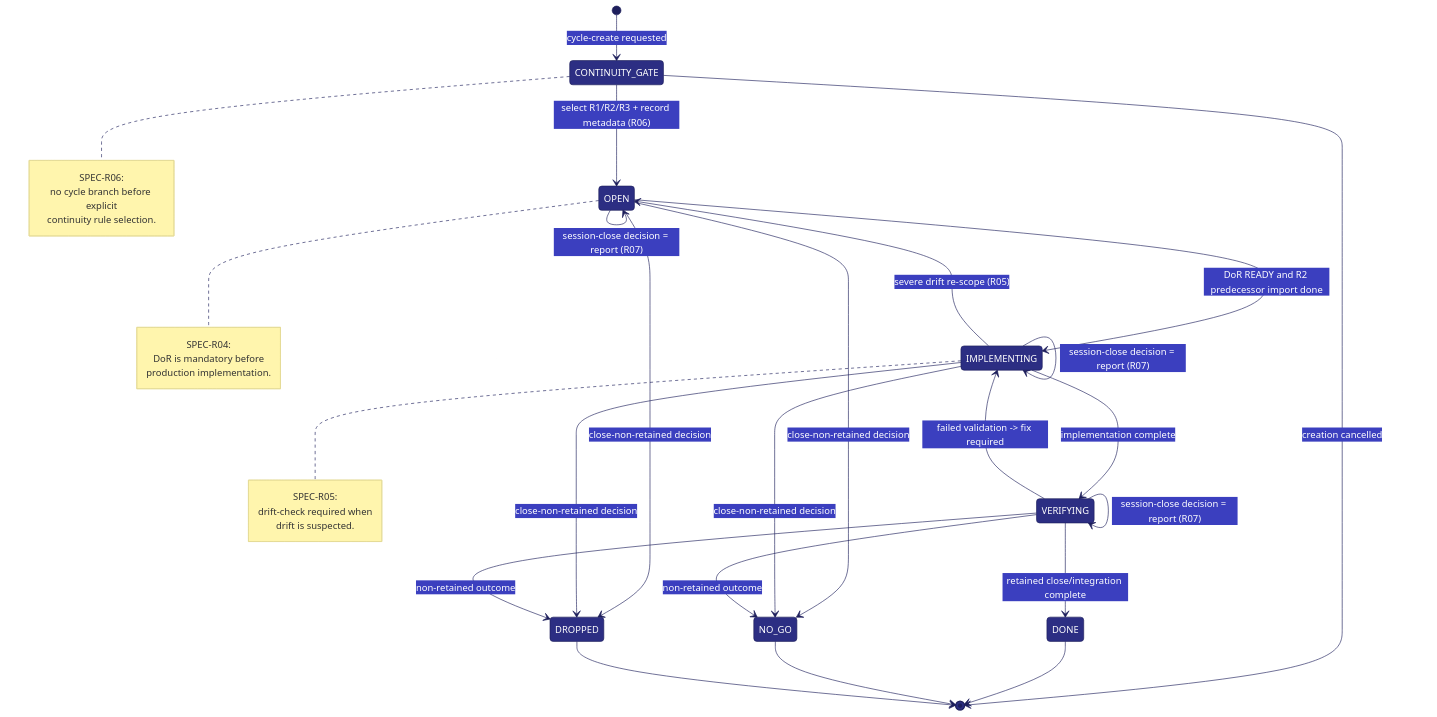
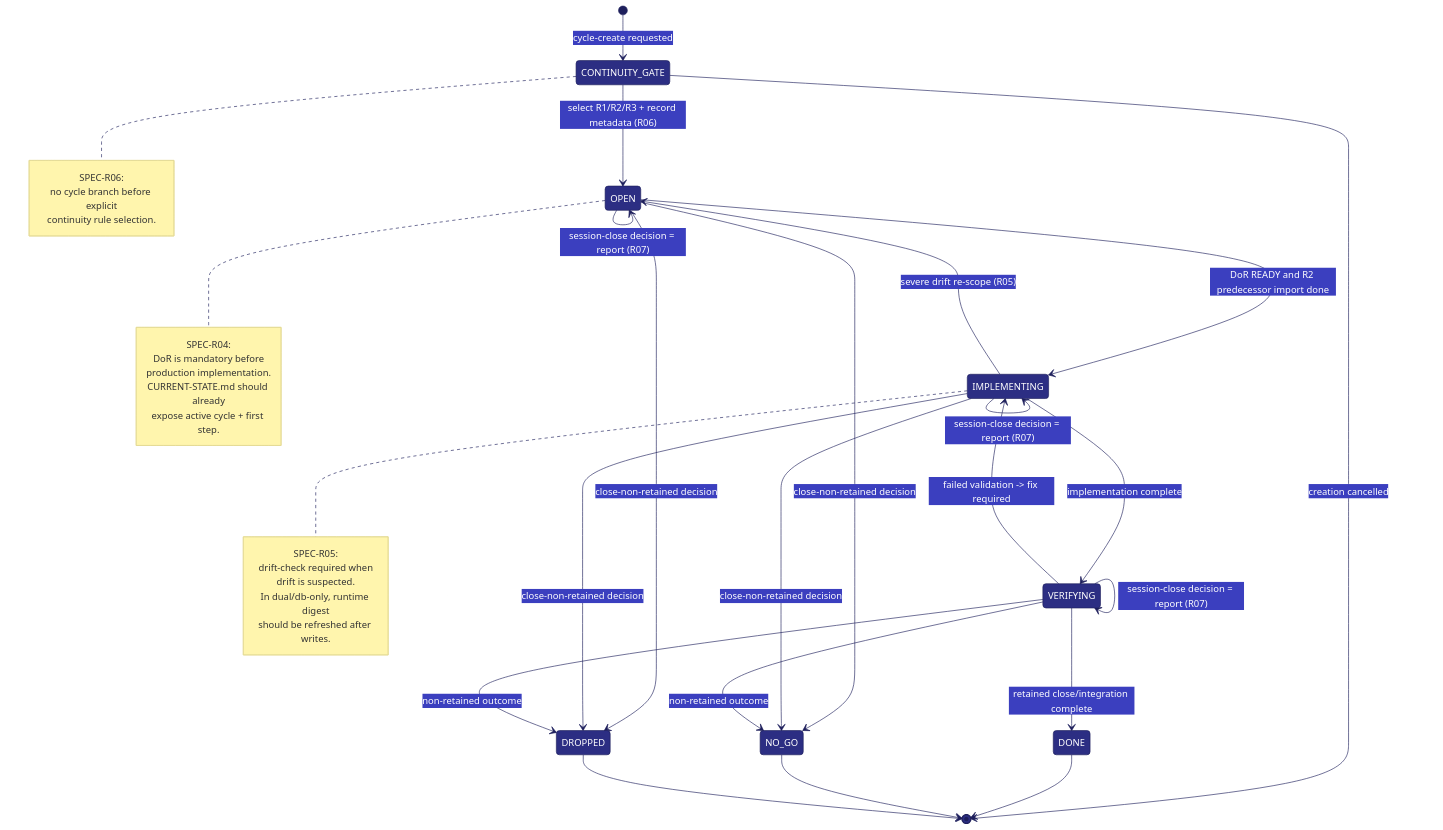
Before and after one commit to leuzeus/aidn: the diagram in docs/diagrams/02-cycle-state-machine.md, drawn with Mermaid. The commit also changed 14 other files, not shown here.

First line of the commit message:
chore(release): bump to 0.4.0 and refresh diagrams (#13)

````diff
--- a/docs/diagrams/02-cycle-state-machine.md
+++ b/docs/diagrams/02-cycle-state-machine.md
@@ -1,66 +1,70 @@
 ```mermaid
 %%{init: {
   "theme": "base",
   "themeVariables": {
     "fontFamily": "Trebuchet MS, Verdana, sans-serif",
     "fontSize": "15px",
     "lineColor": "#1E1F5C",
     "primaryColor": "#2C2E83",
     "primaryTextColor": "#FFFFFF",
     "primaryBorderColor": "#1E1F5C",
     "secondaryColor": "#3B3FBF",
     "secondaryTextColor": "#FFFFFF",
     "secondaryBorderColor": "#1E1F5C",
     "tertiaryColor": "#F6F7FF",
     "tertiaryTextColor": "#1E1F5C",
     "tertiaryBorderColor": "#2C2E83"
   }
 }}%%
-%% 2) Cycle State Machine (v0.3.0)
+%% 2) Cycle State Machine (v0.4.0)
 stateDiagram-v2
   [*] --> CONTINUITY_GATE: cycle-create requested
   CONTINUITY_GATE --> OPEN: select R1/R2/R3 + record metadata (R06)
   CONTINUITY_GATE --> [*]: creation cancelled
 
   OPEN --> OPEN: DoR not ready / clarify scope + plan (R04)
   OPEN --> IMPLEMENTING: DoR READY and R2 predecessor import done
   OPEN --> NO_GO: close-non-retained decision
   OPEN --> DROPPED: close-non-retained decision
 
   IMPLEMENTING --> IMPLEMENTING: normal progress
   IMPLEMENTING --> OPEN: severe drift re-scope (R05)
   IMPLEMENTING --> VERIFYING: implementation complete
   IMPLEMENTING --> NO_GO: close-non-retained decision
   IMPLEMENTING --> DROPPED: close-non-retained decision
 
   VERIFYING --> IMPLEMENTING: failed validation -> fix required
   VERIFYING --> DONE: retained close/integration complete
   VERIFYING --> NO_GO: non-retained outcome
   VERIFYING --> DROPPED: non-retained outcome
 
   OPEN --> OPEN: session-close decision = report (R07)
   IMPLEMENTING --> IMPLEMENTING: session-close decision = report (R07)
   VERIFYING --> VERIFYING: session-close decision = report (R07)
 
   DONE --> [*]
   NO_GO --> [*]
   DROPPED --> [*]
 
   note right of CONTINUITY_GATE
     SPEC-R06:
     no cycle branch before explicit
     continuity rule selection.
   end note
 
   note right of OPEN
     SPEC-R04:
     DoR is mandatory before
     production implementation.
+    CURRENT-STATE.md should already
+    expose active cycle + first step.
   end note
 
   note right of IMPLEMENTING
     SPEC-R05:
     drift-check required when
     drift is suspected.
+    In dual/db-only, runtime digest
+    should be refreshed after writes.
   end note
 ```
````
